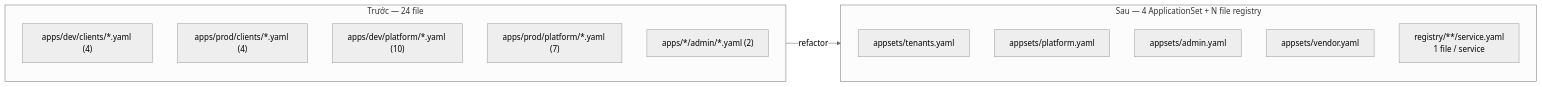
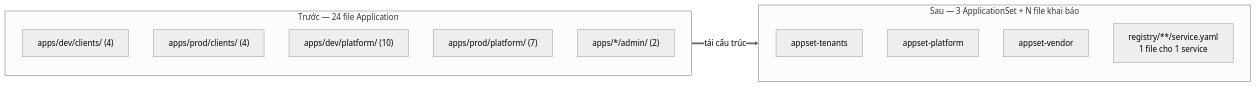
Before and after one commit to hunho247/HNQ-Infra: the third of 6 diagrams in docs/REFACTOR_PLAN.md, drawn with Mermaid (neutral theme). The commit also changed other lines of this file and 2 other files, not shown here.

````diff
--- a/docs/REFACTOR_PLAN.md
+++ b/docs/REFACTOR_PLAN.md
@@ -463,20 +626,19 @@
 ```mermaid
 flowchart LR
-  subgraph Truoc["Trước — 24 file"]
-    A1["apps/dev/clients/*.yaml (4)"]
-    A2["apps/prod/clients/*.yaml (4)"]
-    A3["apps/dev/platform/*.yaml (10)"]
-    A4["apps/prod/platform/*.yaml (7)"]
-    A5["apps/*/admin/*.yaml (2)"]
+  subgraph T["Trước — 24 file Application"]
+    A1["apps/dev/clients/ (4)"]
+    A2["apps/prod/clients/ (4)"]
+    A3["apps/dev/platform/ (10)"]
+    A4["apps/prod/platform/ (7)"]
+    A5["apps/*/admin/ (2)"]
   end
 
-  subgraph Sau["Sau — 4 ApplicationSet + N file registry"]
-    B1[appsets/tenants.yaml]
-    B2[appsets/platform.yaml]
-    B3[appsets/admin.yaml]
-    B4[appsets/vendor.yaml]
-    R["registry/**/service.yaml<br/>1 file / service"]
+  subgraph S["Sau — 3 ApplicationSet + N file khai báo"]
+    B1[appset-tenants]
+    B2[appset-platform]
+    B3[appset-vendor]
+    R["registry/**/service.yaml<br/>1 file cho 1 service"]
   end
 
-  Truoc -->|refactor| Sau
+  T ==>|tái cấu trúc| S
 ```
````
